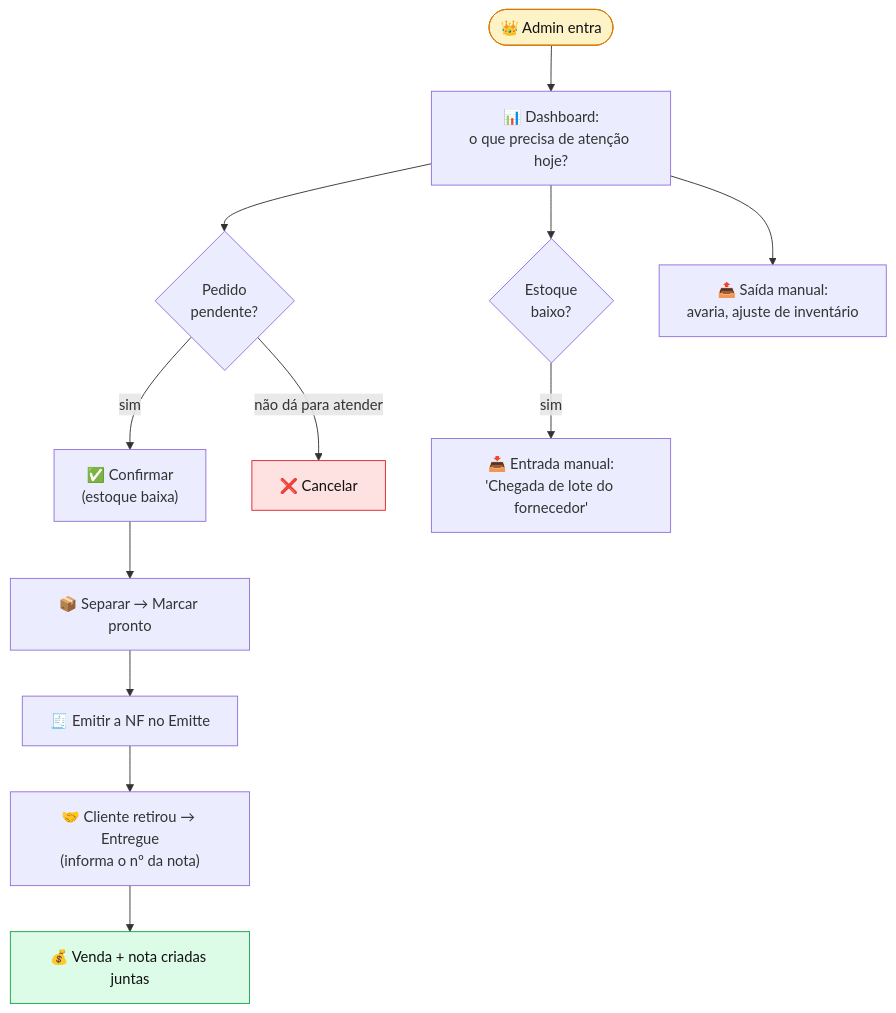
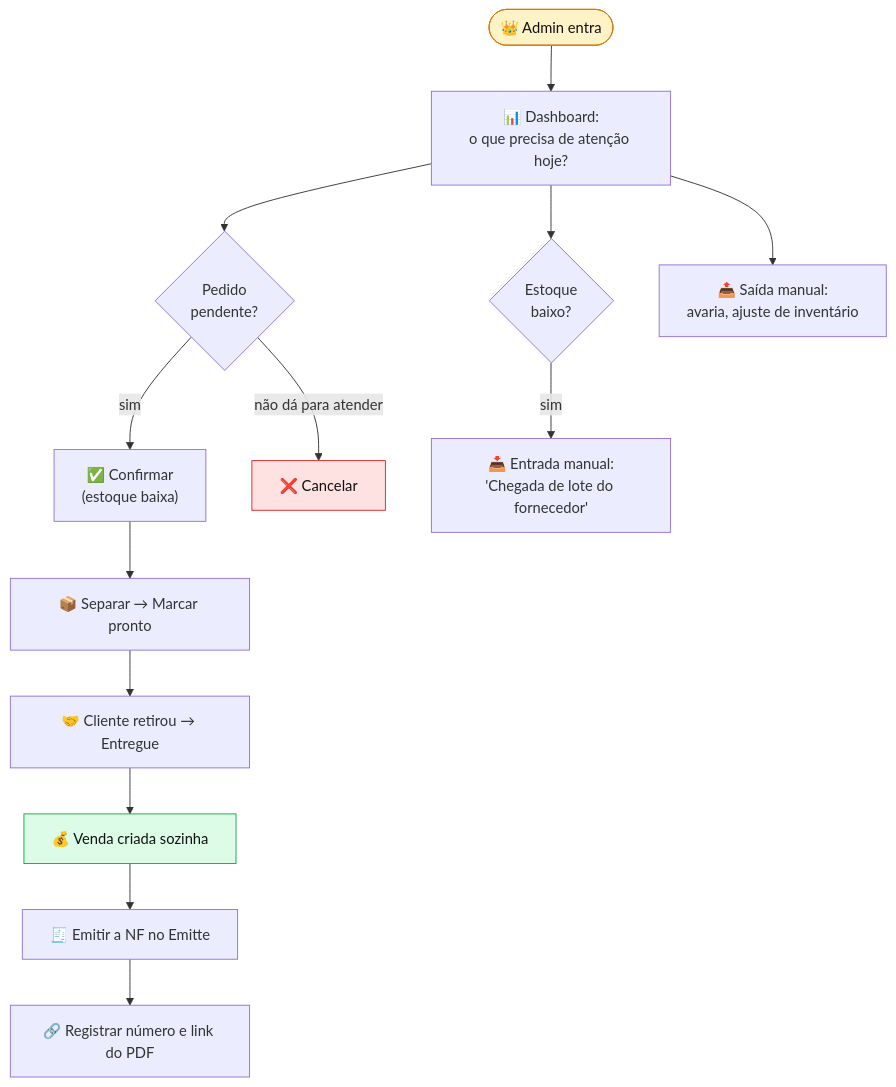
Before and after one commit to Protagonistas-ADS/PI-2: the third of 15 diagrams in README.md, drawn with Mermaid. The commit also changed other lines of this file and 26 other files, not shown here.

````diff
--- a/README.md
+++ b/README.md
@@ -256,18 +256,19 @@
 ```mermaid
 flowchart TD
     A(["👑 Admin entra"]) --> D["📊 Dashboard:<br/>o que precisa de atenção hoje?"]
     D --> P1{"Pedido<br/>pendente?"}
     P1 -- "sim" --> C1["✅ Confirmar<br/>(estoque baixa)"]
     P1 -- "não dá para atender" --> X["❌ Cancelar"]
     C1 --> S["📦 Separar → Marcar pronto"]
-    S --> EM["🧾 Emitir a NF no Emitte"]
-    EM --> ENT["🤝 Cliente retirou → Entregue<br/>(informa o nº da nota)"]
-    ENT --> V["💰 Venda + nota criadas juntas"]
+    S --> ENT["🤝 Cliente retirou → Entregue"]
+    ENT --> V["💰 Venda criada sozinha"]
+    V --> EM["🧾 Emitir a NF no Emitte"]
+    EM --> REG["🔗 Registrar número e link do PDF"]
     D --> EB{"Estoque<br/>baixo?"}
     EB -- "sim" --> LOTE["📥 Entrada manual:<br/>'Chegada de lote do fornecedor'"]
     D --> AV["📤 Saída manual:<br/>avaria, ajuste de inventário"]
 
     style A fill:#fef3c7,stroke:#d97706,color:#111
     style V fill:#dcfce7,stroke:#16a34a,color:#111
     style X fill:#fee2e2,stroke:#dc2626,color:#111
 ```
````
